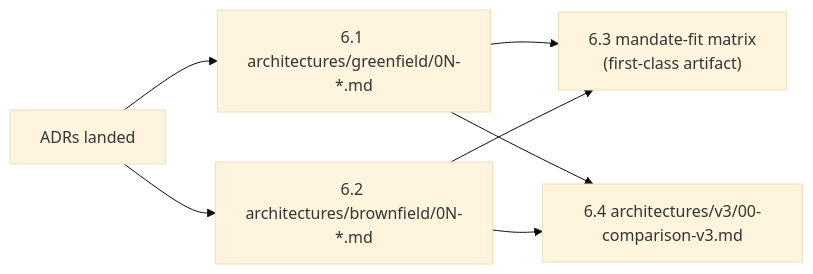
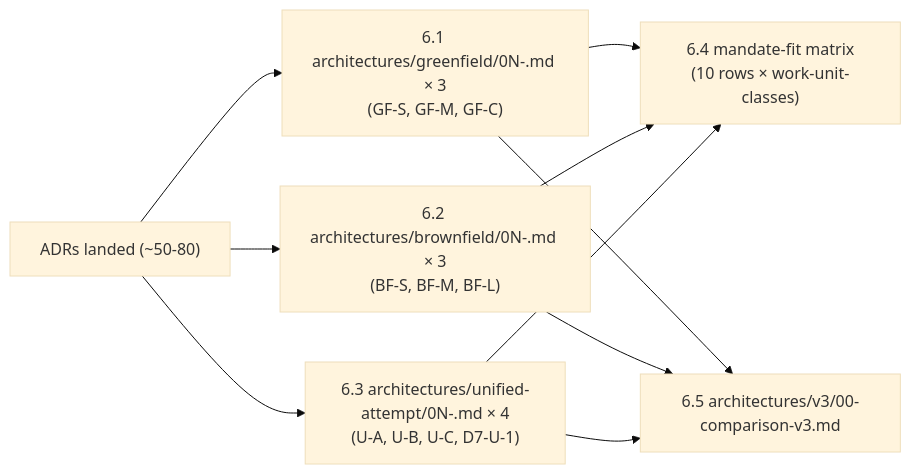
One commit to lago-morph/software-factory changed the eighth of 9 diagrams in ARCHITECTURE-V3-SYNTHESIS-PLAN.md. Above: the diagram before and after it, drawn with Mermaid (base theme). The commit also changed other lines of this file, not shown here.

````diff
--- a/ARCHITECTURE-V3-SYNTHESIS-PLAN.md
+++ b/ARCHITECTURE-V3-SYNTHESIS-PLAN.md
@@ -332,10 +381,10 @@
 ```mermaid
 flowchart LR
-    ADRS["ADRs landed"] --> GF_ARCH & BF_ARCH
-    GF_ARCH["6.1 architectures/greenfield/0N-*.md"]
-    BF_ARCH["6.2 architectures/brownfield/0N-*.md"]
-    GF_ARCH --> MATRIX & CMP
-    BF_ARCH --> MATRIX & CMP
-    MATRIX["6.3 mandate-fit matrix<br/>(first-class artifact)"]
-    CMP["6.4 architectures/v3/00-comparison-v3.md"]
+    ADRS["ADRs landed (~50-80)"] --> GF_ARCH & BF_ARCH & UN_ARCH
+    GF_ARCH["6.1 architectures/greenfield/0N-<candidate>.md × 3<br/>(GF-S, GF-M, GF-C)"]
+    BF_ARCH["6.2 architectures/brownfield/0N-<candidate>.md × 3<br/>(BF-S, BF-M, BF-L)"]
+    UN_ARCH["6.3 architectures/unified-attempt/0N-<candidate>.md × 4<br/>(U-A, U-B, U-C, D7-U-1)"]
+    GF_ARCH & BF_ARCH & UN_ARCH --> MATRIX & CMP
+    MATRIX["6.4 mandate-fit matrix<br/>(10 rows × work-unit-classes)"]
+    CMP["6.5 architectures/v3/00-comparison-v3.md"]
 ```
````
